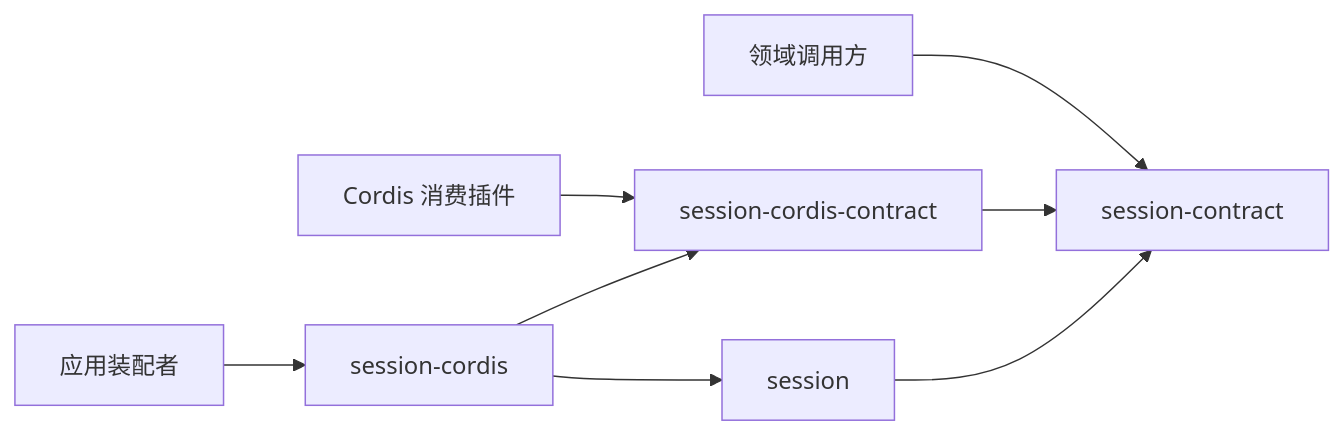
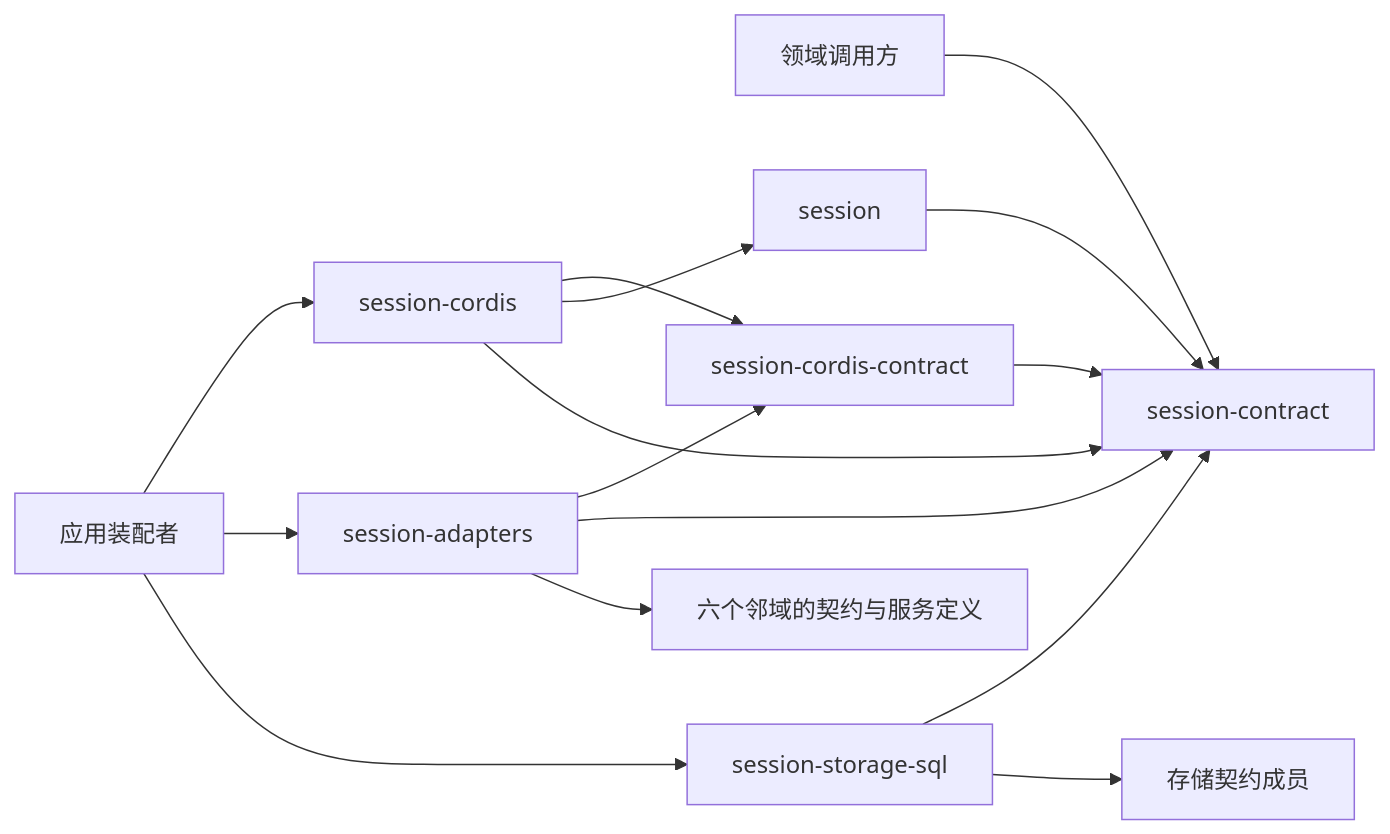
The diagram in packages/session/docs/architecture.md (nemori-ai/omne-harness-lite), drawn with Mermaid before and after one commit. The commit also changed other lines of this file and 3 other files, not shown here.

````diff
--- a/packages/session/docs/architecture.md
+++ b/packages/session/docs/architecture.md
@@ -26,10 +13,17 @@
 ```mermaid
 flowchart LR
   Consumer[领域调用方] --> Contract[session-contract]
-  Plugin[Cordis 消费插件] --> Definitions[session-cordis-contract]
-  Definitions --> Contract
+  Definitions[session-cordis-contract] --> Contract
   Implementation[session] --> Contract
   Provider[session-cordis] --> Definitions
   Provider --> Implementation
+  Provider --> Contract
+  Adapters[session-adapters] --> Definitions
+  Adapters --> Contract
+  Adapters --> Neighbors[六个邻域的契约与服务定义]
+  Storage[session-storage-sql] --> Contract
+  Storage --> StorageContract[存储契约成员]
   App[应用装配者] --> Provider
+  App --> Adapters
+  App --> Storage
 ```
````
